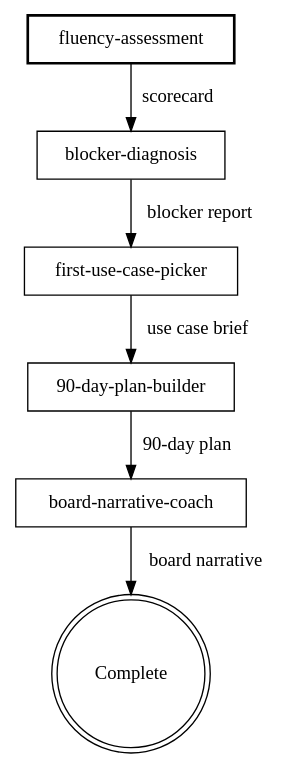
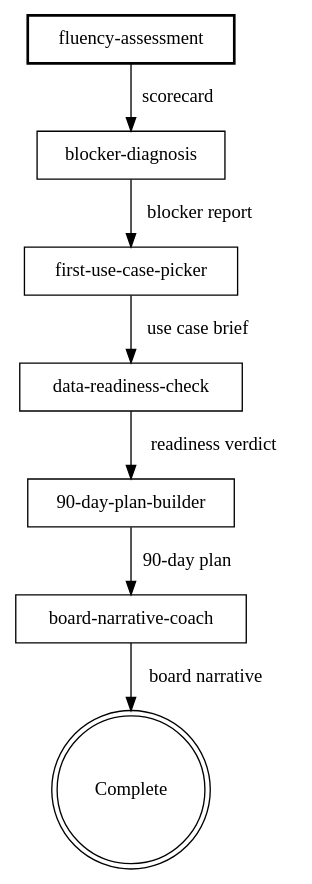
The diagram in skills/full-adoption-cycle/SKILL.md (adimango/ai-adoption-playbook), drawn with Graphviz before and after one commit. The commit also changed other lines of this file, not shown here.

First line of the commit message:
Insert data-readiness-check as Step 4 in full-adoption-cycle

````diff
--- a/skills/full-adoption-cycle/SKILL.md
+++ b/skills/full-adoption-cycle/SKILL.md
@@ -16,16 +16,18 @@
 ```dot
 digraph cycle {
     "fluency-assessment" [shape=box, style=bold];
     "blocker-diagnosis" [shape=box];
     "first-use-case-picker" [shape=box];
+    "data-readiness-check" [shape=box];
     "90-day-plan-builder" [shape=box];
     "board-narrative-coach" [shape=box];
     "Complete" [shape=doublecircle];
 
     "fluency-assessment" -> "blocker-diagnosis" [label="scorecard"];
     "blocker-diagnosis" -> "first-use-case-picker" [label="blocker report"];
-    "first-use-case-picker" -> "90-day-plan-builder" [label="use case brief"];
+    "first-use-case-picker" -> "data-readiness-check" [label="use case brief"];
+    "data-readiness-check" -> "90-day-plan-builder" [label="readiness verdict"];
     "90-day-plan-builder" -> "board-narrative-coach" [label="90-day plan"];
     "board-narrative-coach" -> "Complete" [label="board narrative"];
 }
 ```
````
